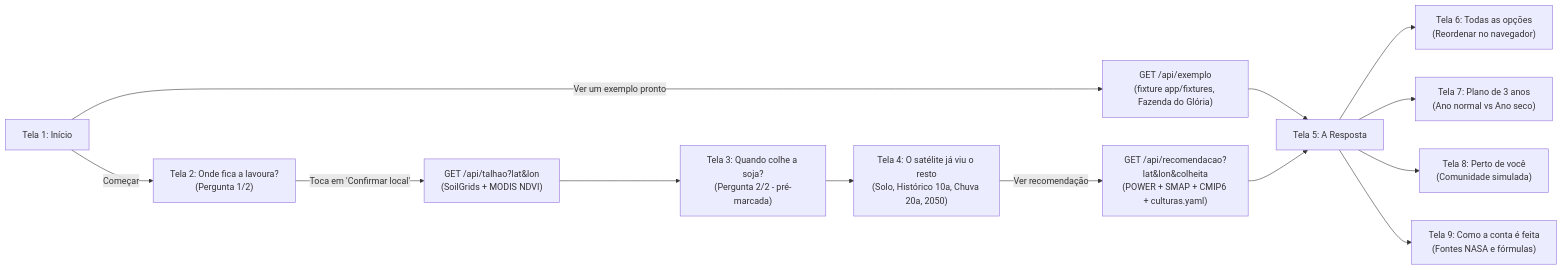
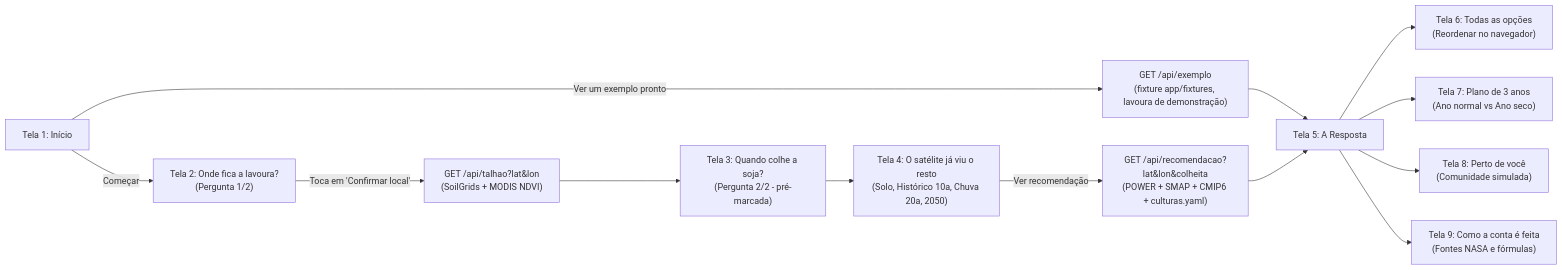
The diagram in projeto/backend/docs/historias-de-usuario.md (Ricardo07g/nasa-challenge), drawn with Mermaid before and after one commit. The commit also changed other lines of this file and 24 other files, not shown here.

First line of the commit message:
docs: "lavoura de demonstração, perto de Uberlândia (MG)" no lugar da fazenda da UFU

````diff
--- a/projeto/backend/docs/historias-de-usuario.md
+++ b/projeto/backend/docs/historias-de-usuario.md
@@ -43,15 +43,15 @@
 ```mermaid
 flowchart LR
     T1["Tela 1: Início"] -->|"Começar"| T2["Tela 2: Onde fica a lavoura?<br/>(Pergunta 1/2)"]
-    T1 -->|"Ver um exemplo pronto"| EX["GET /api/exemplo<br/>(fixture app/fixtures, Fazenda do Glória)"]
+    T1 -->|"Ver um exemplo pronto"| EX["GET /api/exemplo<br/>(fixture app/fixtures, lavoura de demonstração)"]
     EX --> T5["Tela 5: A Resposta"]
     T2 -->|"Toca em 'Confirmar local'"| API_TALHAO["GET /api/talhao?lat&lon<br/>(SoilGrids + MODIS NDVI)"]
     API_TALHAO --> T3["Tela 3: Quando colhe a soja?<br/>(Pergunta 2/2 - pré-marcada)"]
     T3 --> T4["Tela 4: O satélite já viu o resto<br/>(Solo, Histórico 10a, Chuva 20a, 2050)"]
     T4 -->|"Ver recomendação"| API_REC["GET /api/recomendacao?lat&lon&colheita<br/>(POWER + SMAP + CMIP6 + culturas.yaml)"]
     API_REC --> T5
     T5 --> T6["Tela 6: Todas as opções<br/>(Reordenar no navegador)"]
     T5 --> T7["Tela 7: Plano de 3 anos<br/>(Ano normal vs Ano seco)"]
     T5 --> T8["Tela 8: Perto de você<br/>(Comunidade simulada)"]
     T5 --> T9["Tela 9: Como a conta é feita<br/>(Fontes NASA e fórmulas)"]
 ```
````
